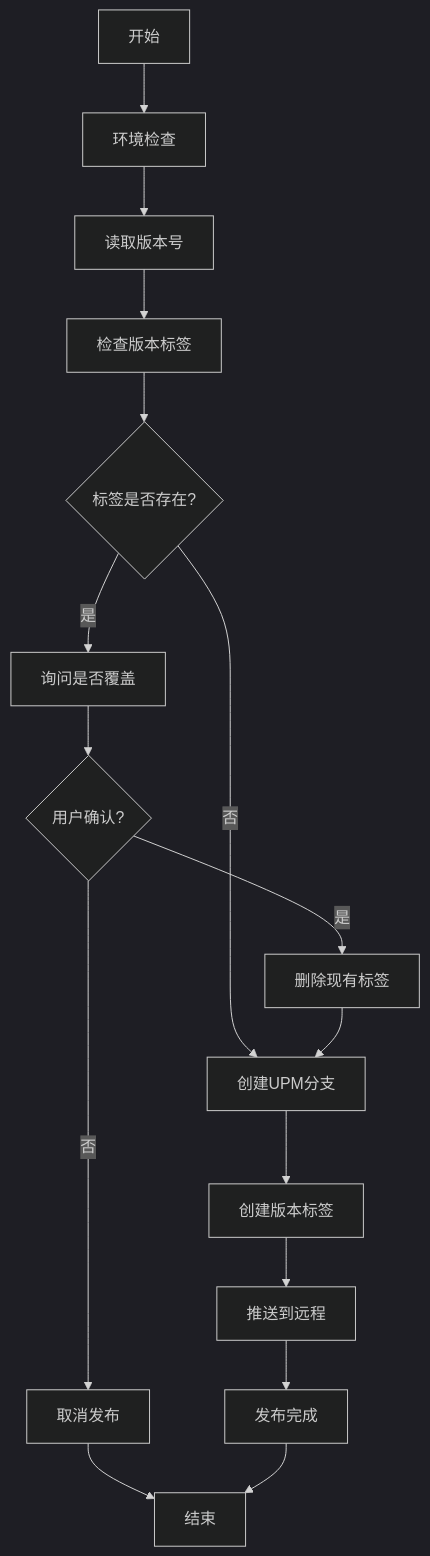
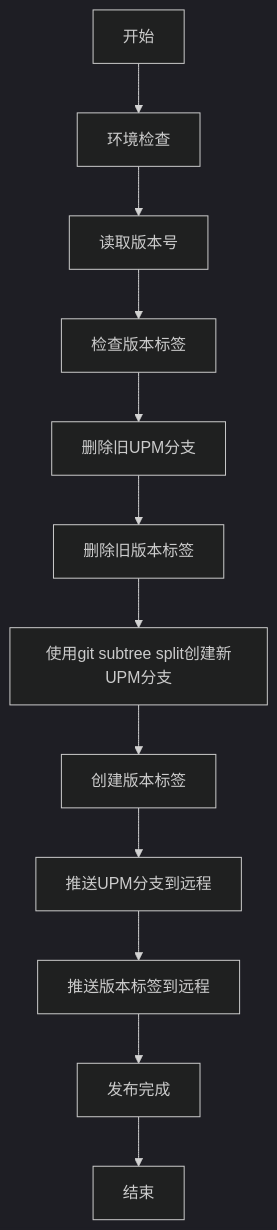
One commit to fenglyu1314/FolderCommentTool changed the diagram in 发布工具使用说明.md. Above: the diagram before and after it, drawn with Mermaid (dark theme). The commit also changed other lines of this file, not shown here.

````diff
--- a/发布工具使用说明.md
+++ b/发布工具使用说明.md
@@ -47,18 +48,14 @@
 ```mermaid
 flowchart TD
     A[开始] --> B[环境检查]
     B --> C[读取版本号]
     C --> D[检查版本标签]
-    D --> E{标签是否存在?}
-    E -->|是| F[询问是否覆盖]
-    E -->|否| G[创建UPM分支]
-    F --> H{用户确认?}
-    H -->|是| I[删除现有标签]
-    H -->|否| J[取消发布]
-    I --> G
-    G --> K[创建版本标签]
-    K --> L[推送到远程]
-    L --> M[发布完成]
-    J --> N[结束]
-    M --> N
+    D --> E[删除旧UPM分支]
+    E --> F[删除旧版本标签]
+    F --> G[使用git subtree split创建新UPM分支]
+    G --> H[创建版本标签]
+    H --> I[推送UPM分支到远程]
+    I --> J[推送版本标签到远程]
+    J --> K[发布完成]
+    K --> L[结束]
 ```
````
